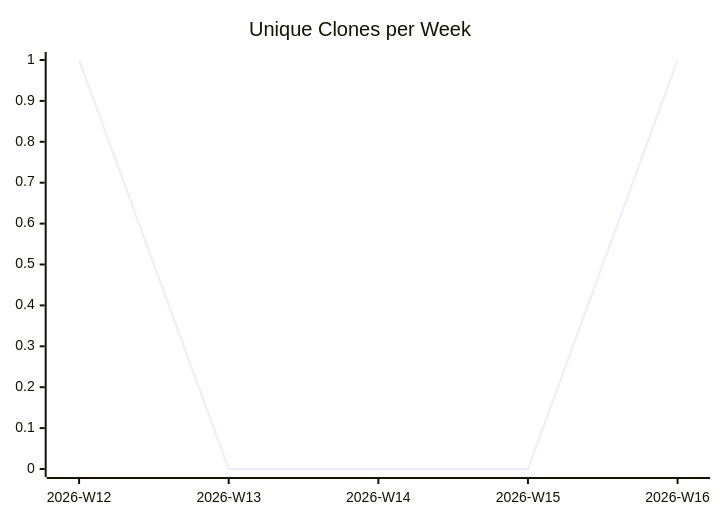
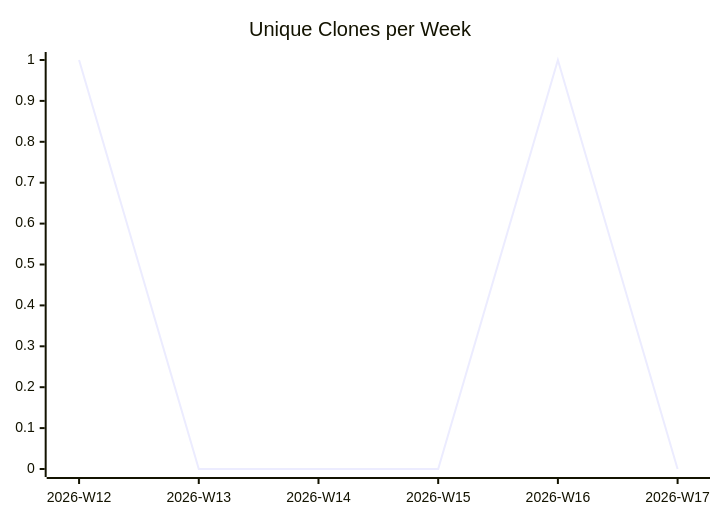
The third of 3 diagrams in karlmdavis/ansible/README.md (justdavis-family/github-analytics-data), drawn with Mermaid before and after one commit. The commit also changed other lines of this file and 192 other files, not shown here.

````diff
--- a/karlmdavis/ansible/README.md
+++ b/karlmdavis/ansible/README.md
@@ -19,6 +19,6 @@
 ```mermaid
 xychart-beta
   title "Unique Clones per Week"
-  x-axis ["2026-W12", "2026-W13", "2026-W14", "2026-W15", "2026-W16"]
-  line [1, 0, 0, 0, 1]
+  x-axis ["2026-W12", "2026-W13", "2026-W14", "2026-W15", "2026-W16", "2026-W17"]
+  line [1, 0, 0, 0, 1, 0]
 ```
````
